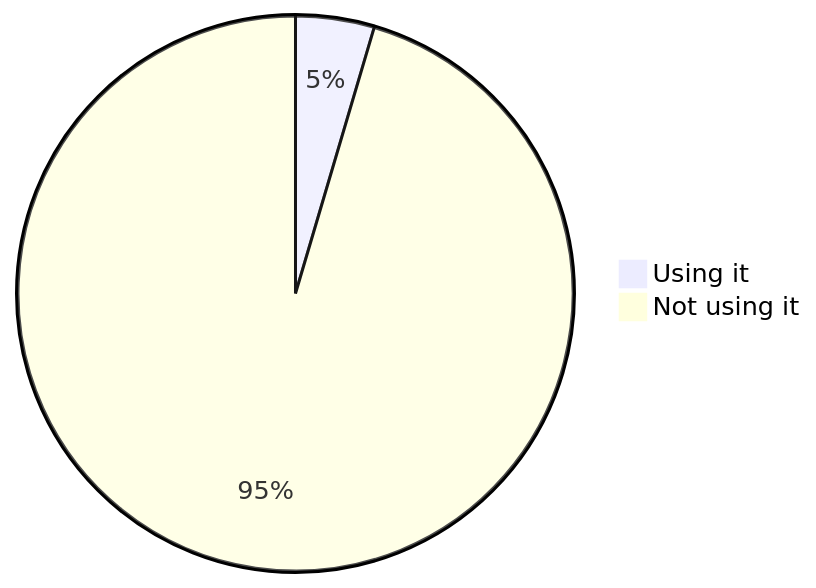
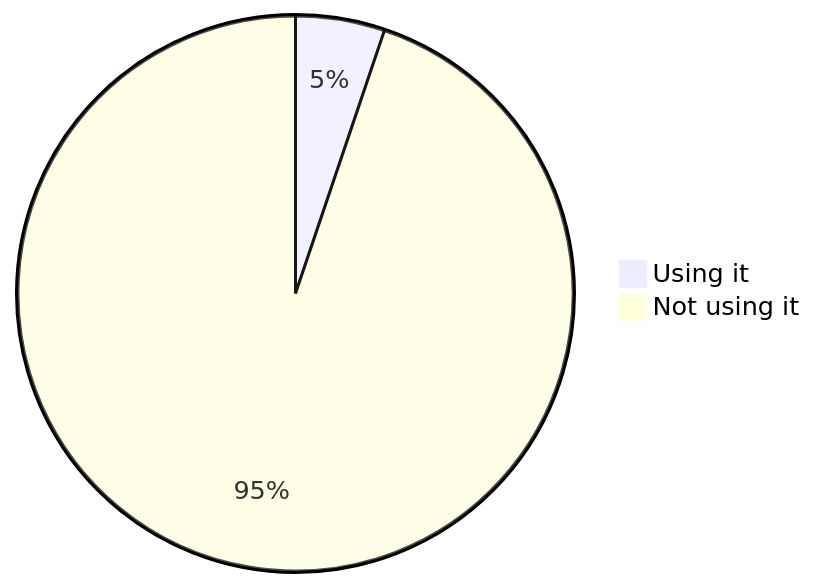
One commit to oshp/oshp-stats changed the seventh of 22 diagrams in stats.md. Above: the diagram before and after it, drawn with Mermaid. The commit also changed other lines of this file, not shown here.

````diff
--- a/stats.md
+++ b/stats.md
@@ -82,6 +82,6 @@
 ```mermaid
 pie
-	"Using it" : 4.58
-	"Not using it" : 95.42
+	"Using it" : 5.19
+	"Not using it" : 94.81
 
 ```
````
